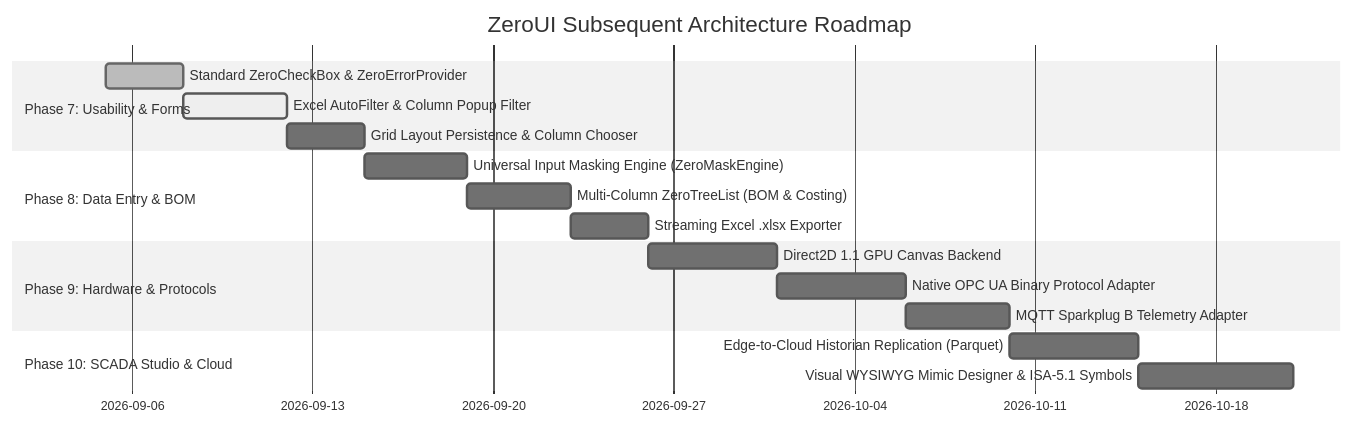
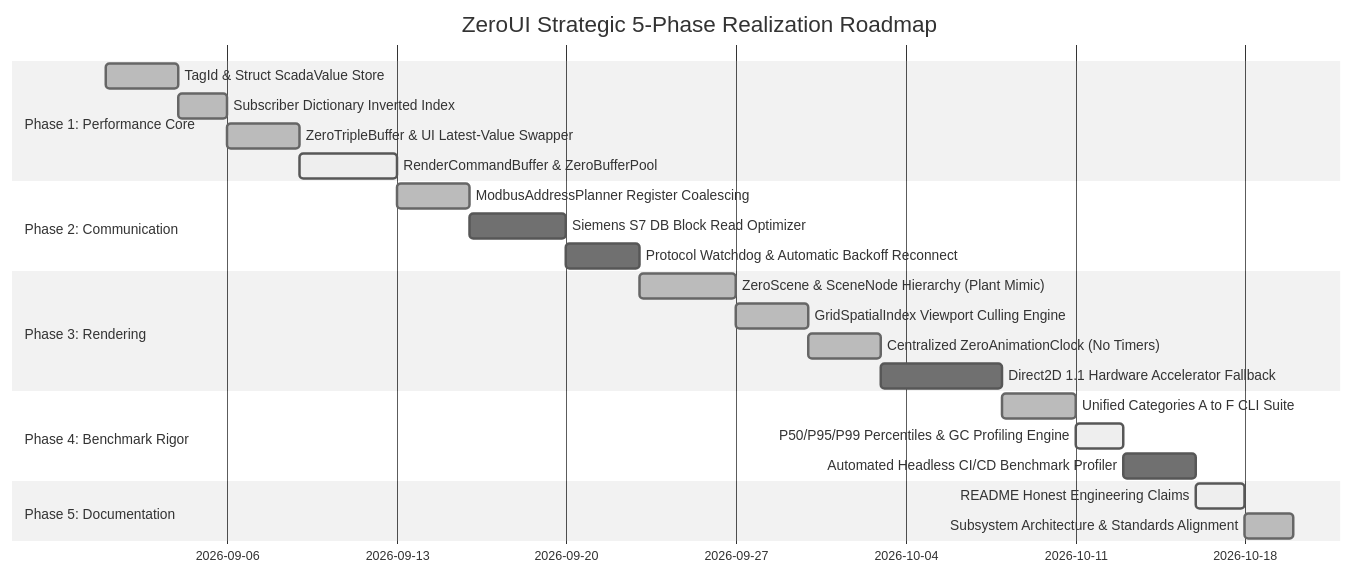
The diagram in docs/proposals.md (kzxl/ZeroUI), drawn with Mermaid (neutral theme) before and after one commit. The commit also changed other lines of this file and 8 other files, not shown here.

Commit message:
feat(benchmarks): add statistical P50/P95/P99 and GC profiling across categories A-F, reframe README with frame budgets (Directives 28-38)

````diff
--- a/docs/proposals.md
+++ b/docs/proposals.md
@@ -89,20 +148,26 @@
 ```mermaid
 gantt
-    title ZeroUI Subsequent Architecture Roadmap
+    title ZeroUI Strategic 5-Phase Realization Roadmap
     dateFormat  YYYY-MM-DD
-    section Phase 7: Usability & Forms
-    Standard ZeroCheckBox & ZeroErrorProvider       :done,    p7_1, 2026-09-05, 3d
-    Excel AutoFilter & Column Popup Filter           :active,  p7_2, after p7_1, 4d
-    Grid Layout Persistence & Column Chooser        :         p7_3, after p7_2, 3d
-    section Phase 8: Data Entry & BOM
-    Universal Input Masking Engine (ZeroMaskEngine)  :         p8_1, after p7_3, 4d
-    Multi-Column ZeroTreeList (BOM & Costing)       :         p8_2, after p8_1, 4d
-    Streaming Excel .xlsx Exporter                  :         p8_3, after p8_2, 3d
-    section Phase 9: Hardware & Protocols
-    Direct2D 1.1 GPU Canvas Backend                 :         p9_1, after p8_3, 5d
-    Native OPC UA Binary Protocol Adapter           :         p9_2, after p9_1, 5d
-    MQTT Sparkplug B Telemetry Adapter              :         p9_3, after p9_2, 4d
-    section Phase 10: SCADA Studio & Cloud
-    Edge-to-Cloud Historian Replication (Parquet)   :         p10_1, after p9_3, 5d
-    Visual WYSIWYG Mimic Designer & ISA-5.1 Symbols :         p10_2, after p10_1, 6d
+    section Phase 1: Performance Core
+    TagId & Struct ScadaValue Store                 :done,    p1_1, 2026-09-01, 3d
+    Subscriber Dictionary Inverted Index            :done,    p1_2, after p1_1, 2d
+    ZeroTripleBuffer & UI Latest-Value Swapper      :done,    p1_3, after p1_2, 3d
+    RenderCommandBuffer & ZeroBufferPool            :active,  p1_4, after p1_3, 4d
+    section Phase 2: Communication
+    ModbusAddressPlanner Register Coalescing        :done,    p2_1, after p1_4, 3d
+    Siemens S7 DB Block Read Optimizer              :         p2_2, after p2_1, 4d
+    Protocol Watchdog & Automatic Backoff Reconnect :         p2_3, after p2_2, 3d
+    section Phase 3: Rendering
+    ZeroScene & SceneNode Hierarchy (Plant Mimic)   :done,    p3_1, after p2_3, 4d
+    GridSpatialIndex Viewport Culling Engine        :done,    p3_2, after p3_1, 3d
+    Centralized ZeroAnimationClock (No Timers)      :done,    p3_3, after p3_2, 3d
+    Direct2D 1.1 Hardware Accelerator Fallback      :         p3_4, after p3_3, 5d
+    section Phase 4: Benchmark Rigor
+    Unified Categories A to F CLI Suite             :done,    p4_1, after p3_4, 3d
+    P50/P95/P99 Percentiles & GC Profiling Engine   :active,  p4_2, after p4_1, 2d
+    Automated Headless CI/CD Benchmark Profiler     :         p4_3, after p4_2, 3d
+    section Phase 5: Documentation
+    README Honest Engineering Claims                :active,  p5_1, after p4_3, 2d
+    Subsystem Architecture & Standards Alignment    :done,    p5_2, after p5_1, 2d
 ```
````
